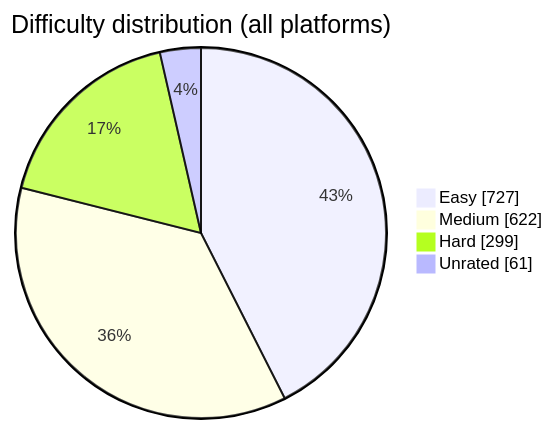
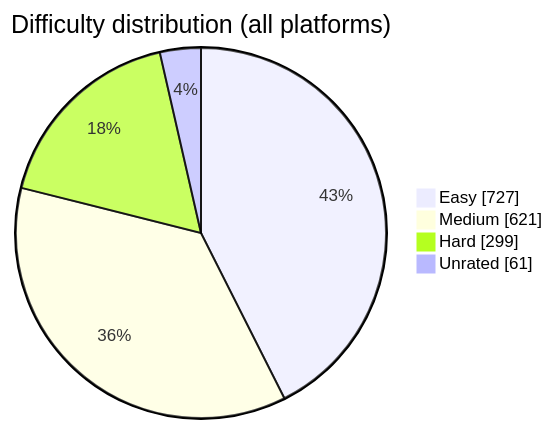
One commit to BuildbyArindam/Daily-Coding-Log changed the diagram in README.md. Above: the diagram before and after it, drawn with Mermaid. The commit also changed other lines of this file, not shown here.

````diff
--- a/README.md
+++ b/README.md
@@ -93,7 +93,7 @@
 ```mermaid
 pie showData title Difficulty distribution (all platforms)
     "Easy" : 727
-    "Medium" : 622
+    "Medium" : 621
     "Hard" : 299
     "Unrated" : 61
 ```
````
